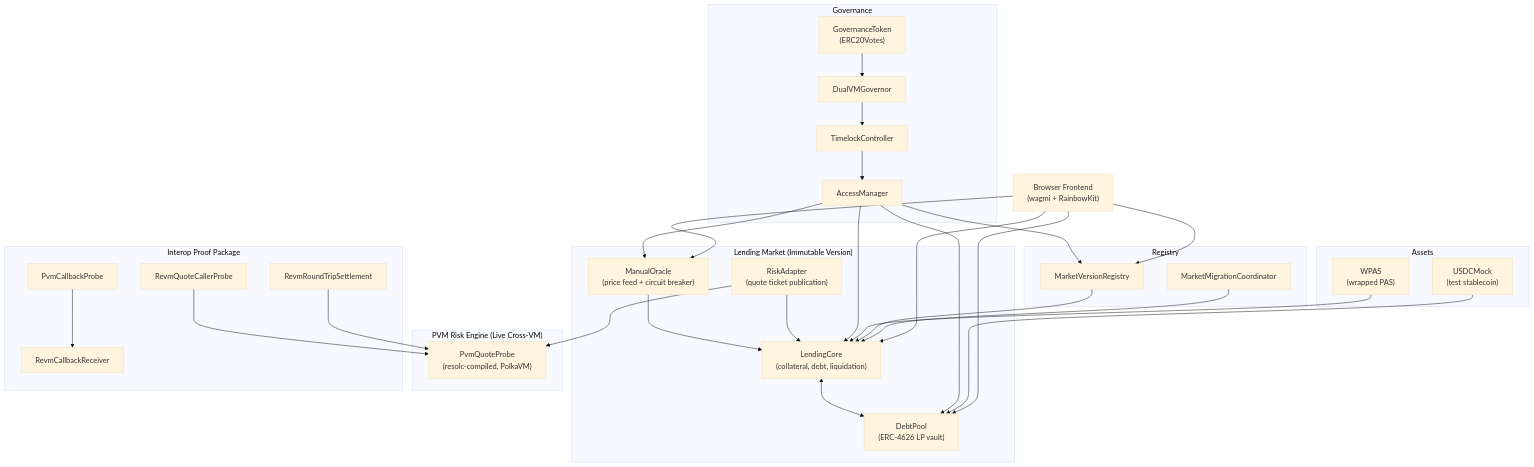
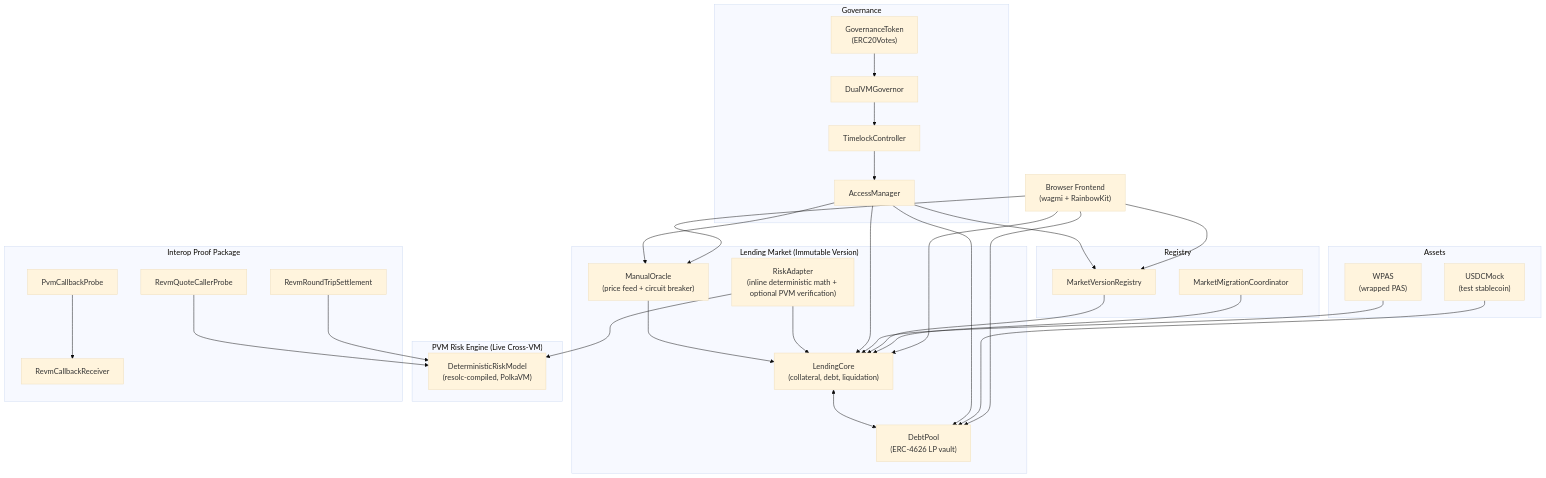
Before and after one commit to symulacr/dualvm-lending: the first of 10 diagrams in README.md, drawn with Mermaid (base theme). The commit also changed other lines of this file and 22 other files, not shown here.

Commit message:
feat: docs-frontend-cleanup - replace PvmQuoteProbe refs, add README summary, 30% frontend LOC reduction, V2 address wiring

````diff
--- a/README.md
+++ b/README.md
@@ -33,51 +46,51 @@
 ```mermaid
 flowchart TB
   subgraph Governance
     GT["GovernanceToken\n(ERC20Votes)"] --> GOV["DualVMGovernor"]
     GOV --> TL["TimelockController"]
     TL --> AM["AccessManager"]
   end
 
   subgraph Market["Lending Market (Immutable Version)"]
     LC["LendingCore\n(collateral, debt, liquidation)"]
     DP["DebtPool\n(ERC-4626 LP vault)"]
     MO["ManualOracle\n(price feed + circuit breaker)"]
-    RA["RiskAdapter\n(quote ticket publication)"]
+    RA["RiskAdapter\n(inline deterministic math + optional PVM verification)"]
     LC <--> DP
     MO --> LC
     RA --> LC
   end
 
   subgraph PVM["PVM Risk Engine (Live Cross-VM)"]
-    QE["PvmQuoteProbe\n(resolc-compiled, PolkaVM)"]
+    QE["DeterministicRiskModel\n(resolc-compiled, PolkaVM)"]
   end
 
   subgraph Probes["Interop Proof Package"]
     RQC["RevmQuoteCallerProbe"]
     RRTS["RevmRoundTripSettlement"]
     PCB["PvmCallbackProbe"]
     RCR["RevmCallbackReceiver"]
   end
 
   subgraph Assets
     WPAS["WPAS\n(wrapped PAS)"]
     USDC["USDCMock\n(test stablecoin)"]
   end
 
   subgraph Registry
     MVR["MarketVersionRegistry"]
     MMC["MarketMigrationCoordinator"]
   end
 
   AM --> LC & DP & MO & MVR
   RA --> QE
   RQC --> QE
   RRTS --> QE
   PCB --> RCR
   WPAS --> LC
   USDC --> DP
   MVR --> LC
   MMC --> LC
 
   FE["Browser Frontend\n(wagmi + RainbowKit)"] --> LC & DP & MO & MVR
 ```
````
